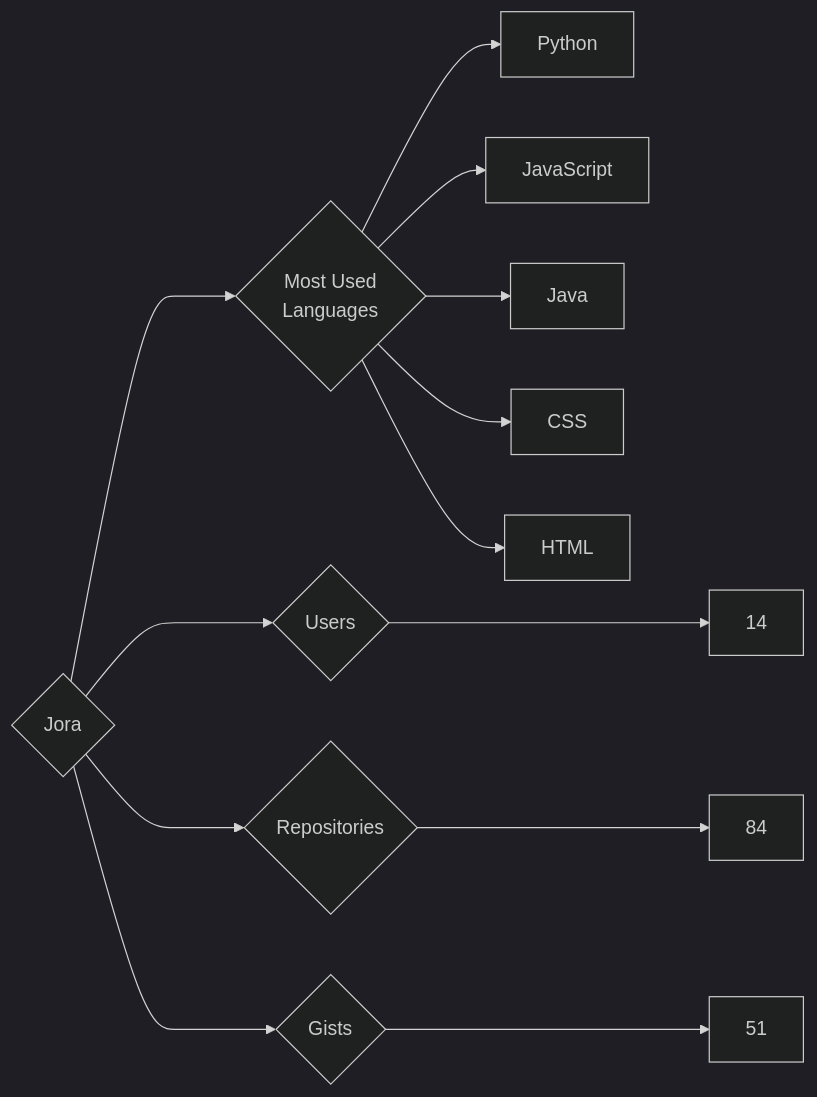
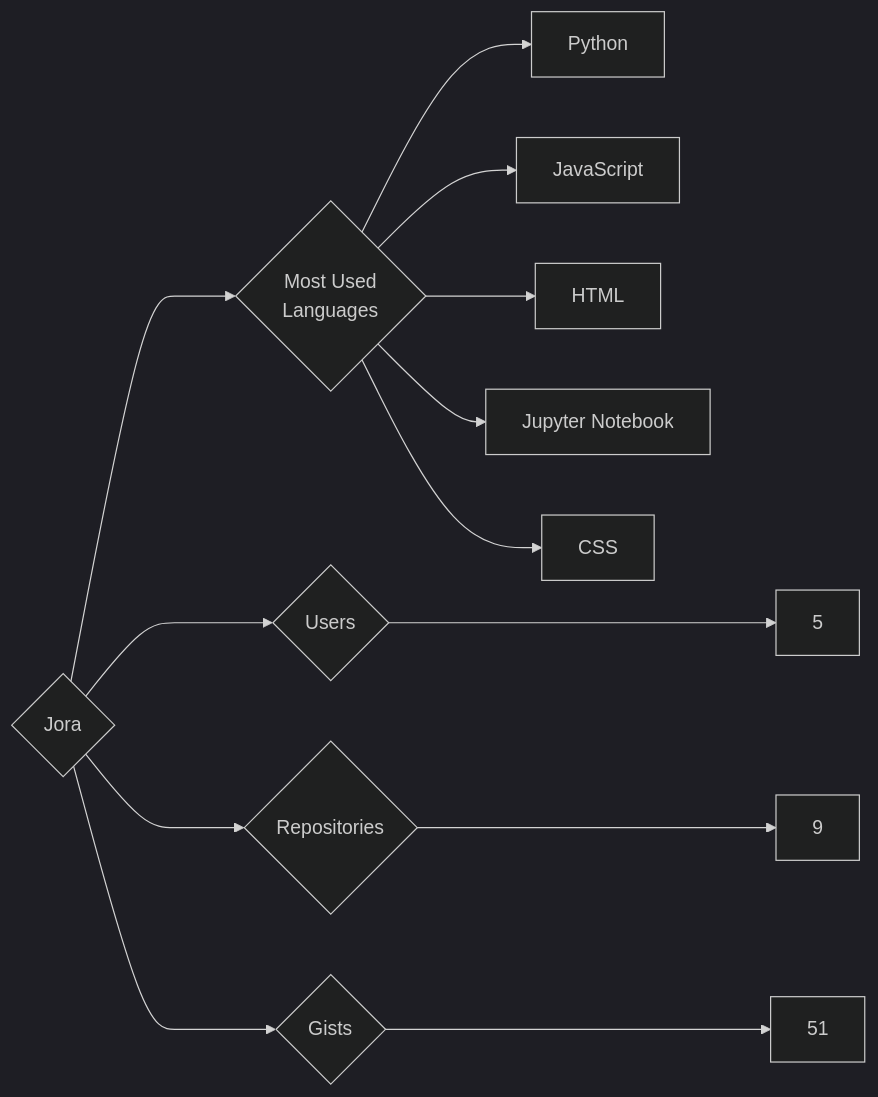
One commit to trickest/insiders changed the diagram in targets/Jora/README.md. Above: the diagram before and after it, drawn with Mermaid (dark theme). The commit also changed 614 other files, not shown here.

````diff
--- a/targets/Jora/README.md
+++ b/targets/Jora/README.md
@@ -3,13 +3,13 @@
 ```mermaid
 graph LR
 COMPANY_NAME{Jora}
-COMPANY_NAME ---> U{Users} ---> UN[14]
-COMPANY_NAME ---> R{Repositories} ---> RN[84]
+COMPANY_NAME ---> U{Users} ---> UN[5]
+COMPANY_NAME ---> R{Repositories} ---> RN[9]
 COMPANY_NAME ---> G{Gists} ---> GN[51]
 COMPANY_NAME ---> ML{Most Used<br>Languages}
 ML --> Python[Python]
 ML --> JavaScript[JavaScript]
-ML --> Java[Java]
+ML --> HTML[HTML]
+ML --> Jupyter_Notebook[Jupyter Notebook]
 ML --> CSS[CSS]
-ML --> HTML[HTML]
 ```
````
